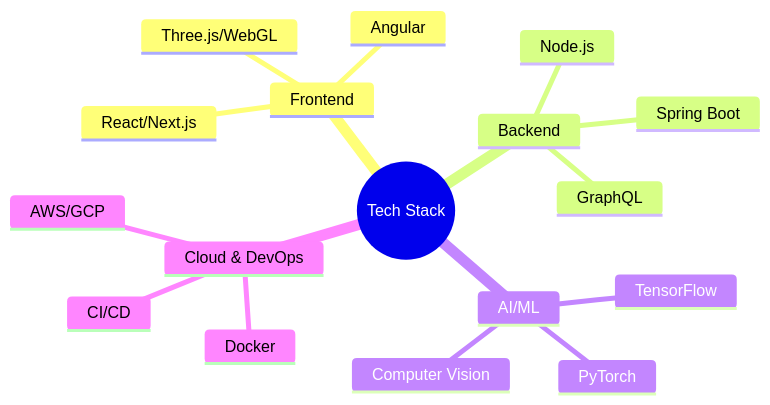
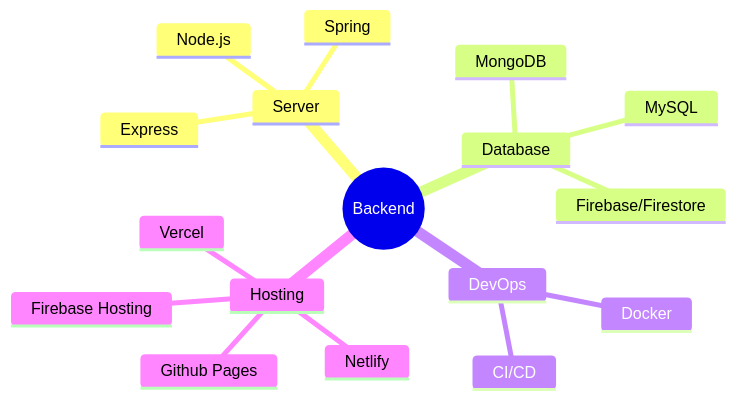
The third of 4 diagrams in README.md (KhamessiTaha/KhamessiTaha), drawn with Mermaid before and after one commit. The commit also changed other lines of this file, not shown here.

````diff
--- a/README.md
+++ b/README.md
@@ -97,20 +137,20 @@
 ```mermaid
 mindmap
-  root((Tech Stack))
-    Frontend
-      React/Next.js
-      Angular
-      Three.js/WebGL
-    Backend
+  root((Backend))
+    Server
       Node.js
-      Spring Boot
-      GraphQL
-    AI/ML
-      TensorFlow
-      PyTorch
-      Computer Vision
-    Cloud & DevOps
+      Spring
+      Express
+    Database
+      MongoDB
+      MySQL
+      Firebase/Firestore
+    DevOps
       Docker
-      AWS/GCP
       CI/CD
+    Hosting
+      Netlify
+      Github Pages
+      Vercel
+      Firebase Hosting
 ```
````
